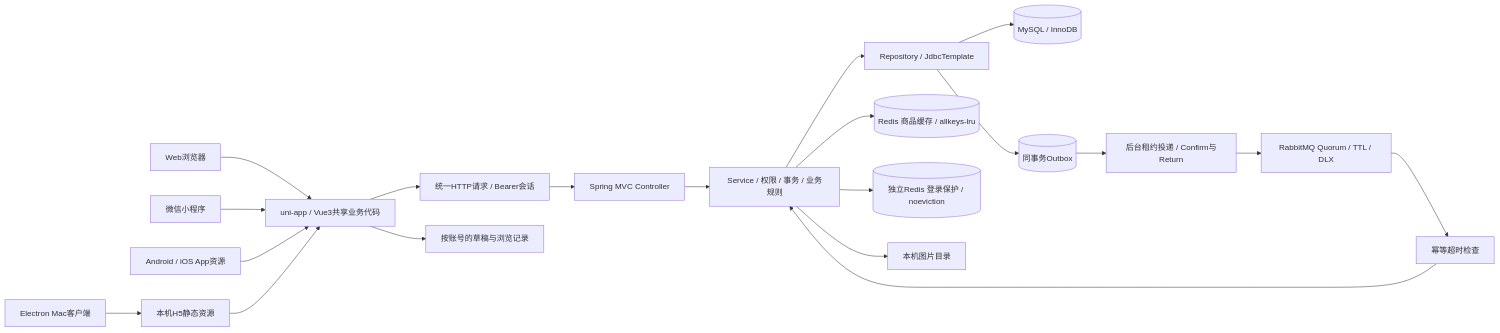
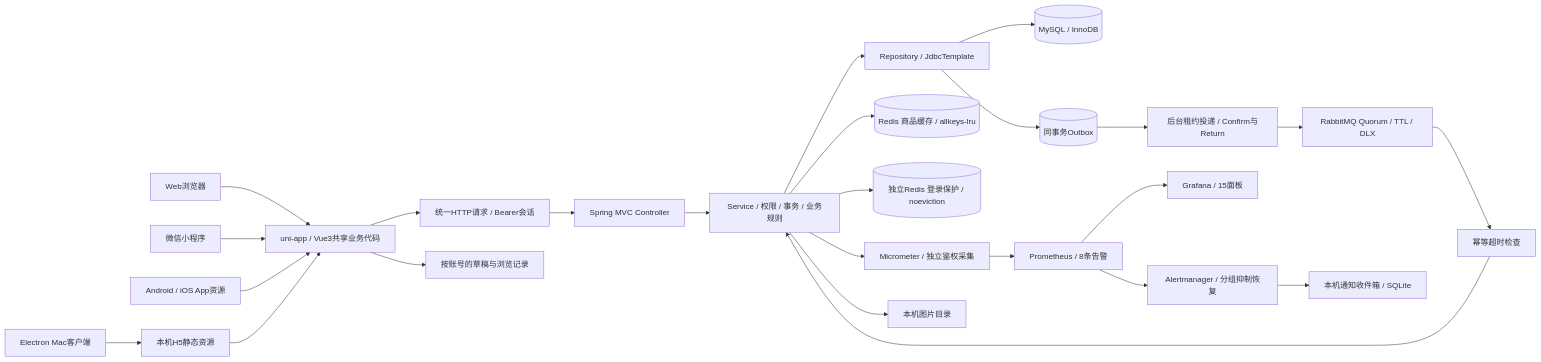
The diagram in docs/TECH_STACK.md (StewardAndrecher/-), drawn with Mermaid before and after one commit. The commit also changed other lines of this file and 78 other files, not shown here.

````diff
--- a/docs/TECH_STACK.md
+++ b/docs/TECH_STACK.md
@@ -26,22 +29,27 @@
 ```mermaid
 flowchart LR
     Web[Web浏览器] --> Shared[uni-app / Vue3共享业务代码]
     WX[微信小程序] --> Shared
     App[Android / iOS App资源] --> Shared
     Mac[Electron Mac客户端] --> H5[本机H5静态资源]
     H5 --> Shared
     Shared --> Request[统一HTTP请求 / Bearer会话]
     Request --> MVC[Spring MVC Controller]
     MVC --> Service[Service / 权限 / 事务 / 业务规则]
     Service --> JDBC[Repository / JdbcTemplate]
     JDBC --> DB[(MySQL / InnoDB)]
     Service --> Cache[(Redis 商品缓存 / allkeys-lru)]
     Service --> Guard[(独立Redis 登录保护 / noeviction)]
     JDBC --> Outbox[(同事务Outbox)]
     Outbox --> Dispatch[后台租约投递 / Confirm与Return]
     Dispatch --> MQ[RabbitMQ Quorum / TTL / DLX]
     MQ --> Consumer[幂等超时检查]
     Consumer --> Service
+    Service --> Metrics[Micrometer / 独立鉴权采集]
+    Metrics --> Prometheus[Prometheus / 8条告警]
+    Prometheus --> Grafana[Grafana / 15面板]
+    Prometheus --> Alertmanager[Alertmanager / 分组抑制恢复]
+    Alertmanager --> Inbox[本机通知收件箱 / SQLite]
     Service --> Files[本机图片目录]
     Shared --> Local[按账号的草稿与浏览记录]
 ```
````
